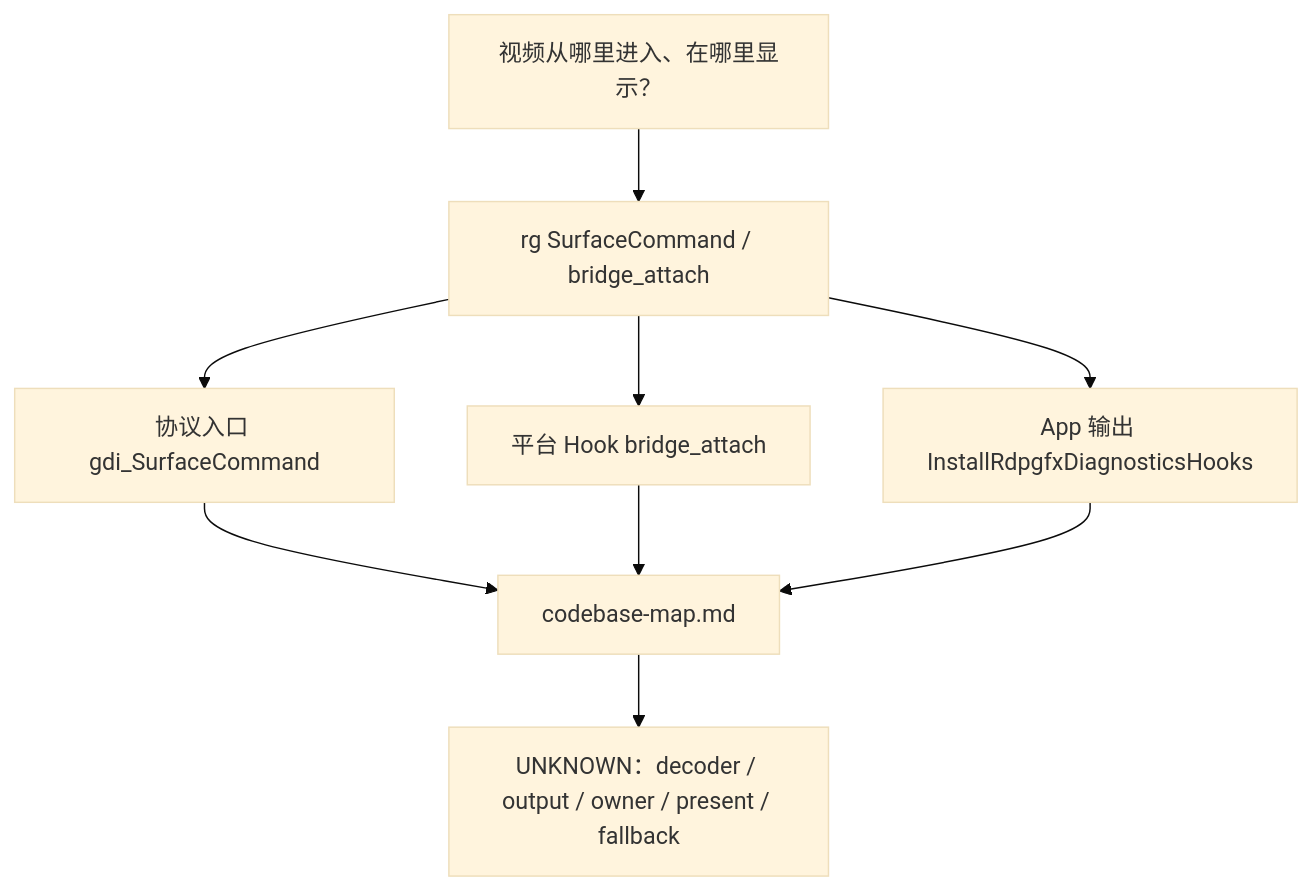
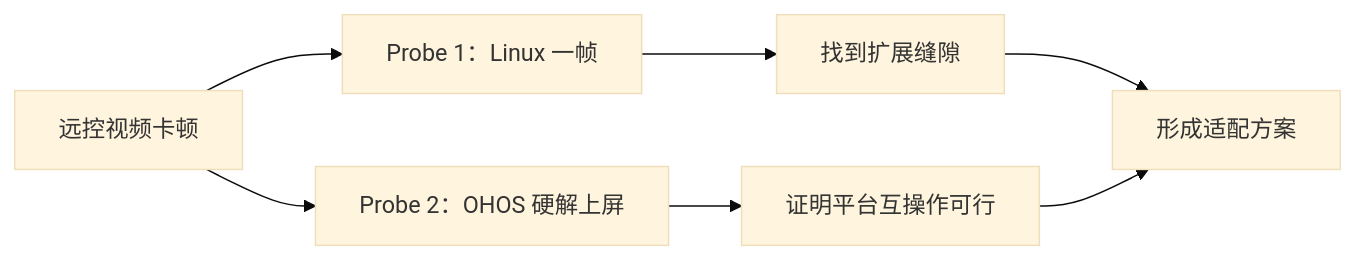
The fifth of 12 diagrams in harmonyos-sdd-ralph-workshop.md (xiaomu120413/harmonyos-sdd-ralph-workshop), drawn with Mermaid (base theme) before and after one commit. The commit also changed other lines of this file and 5 other files, not shown here.

````diff
--- a/harmonyos-sdd-ralph-workshop.md
+++ b/harmonyos-sdd-ralph-workshop.md
@@ -1599,9 +1592,9 @@
 ```mermaid
-flowchart TD
-  Q["视频从哪里进入、在哪里显示？"] --> S["rg SurfaceCommand / bridge_attach"]
-  S --> E1["协议入口 gdi_SurfaceCommand"]
-  S --> E2["平台 Hook bridge_attach"]
-  S --> E3["App 输出 InstallRdpgfxDiagnosticsHooks"]
-  E1 --> M["codebase-map.md"]; E2 --> M; E3 --> M
-  M --> U["UNKNOWN：decoder / output / owner / present / fallback"]
+flowchart LR
+  Q["远控视频卡顿"] --> L["Probe 1：Linux 一帧"]
+  Q --> O["Probe 2：OHOS 硬解上屏"]
+  L --> S["找到扩展缝隙"]
+  O --> F["证明平台互操作可行"]
+  S --> A["形成适配方案"]
+  F --> A
 ```
````
